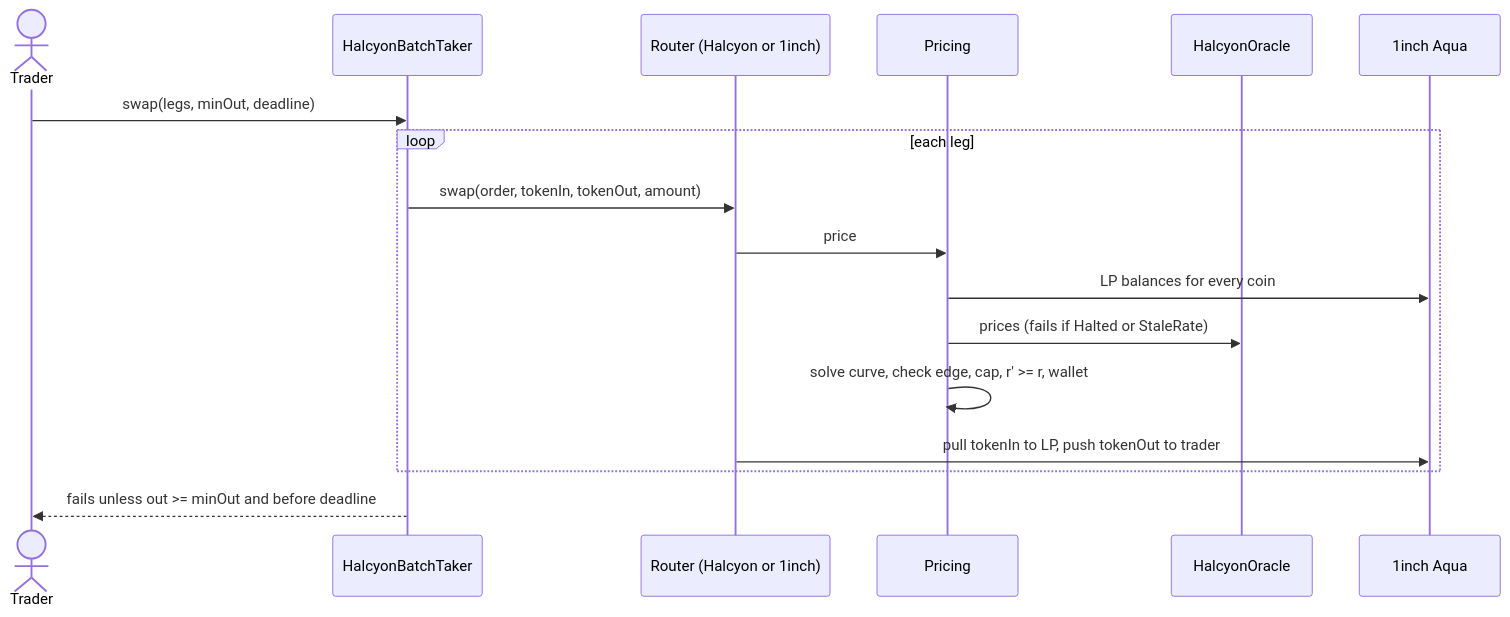
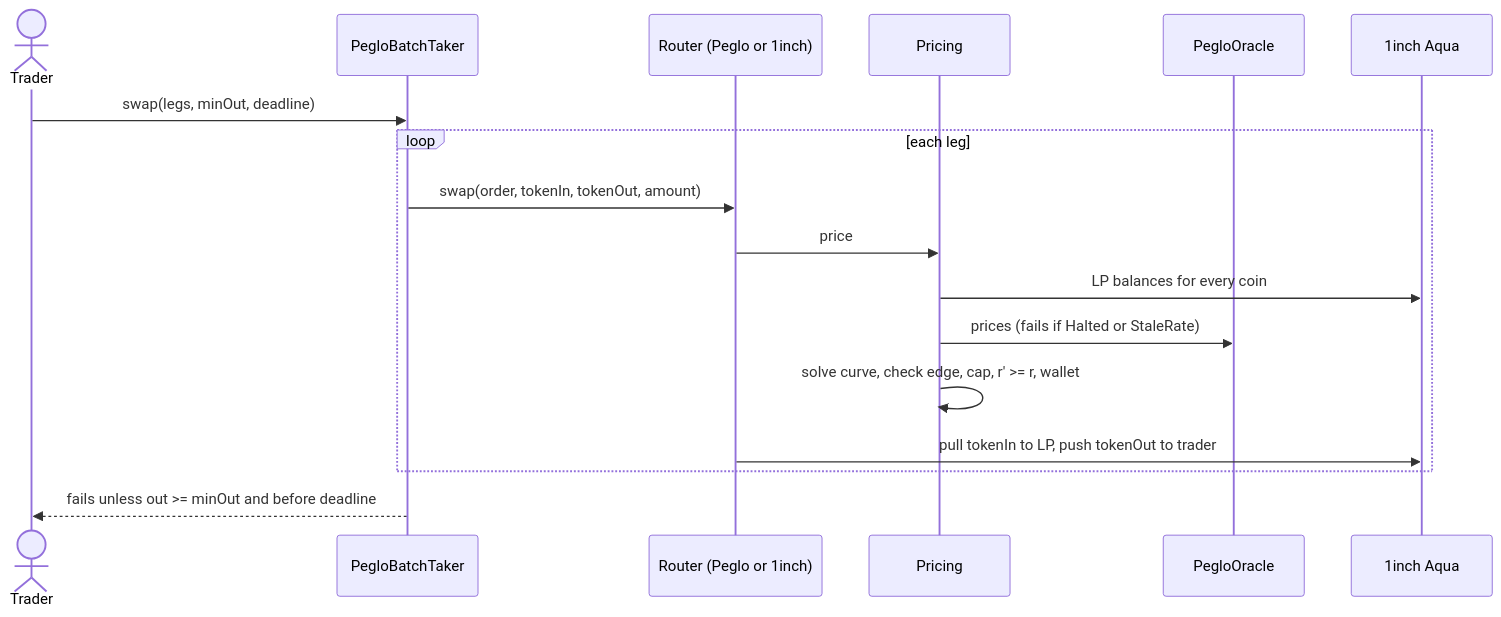
The fourth of 5 diagrams in README.md (cityata21-rgb/Peglo), drawn with Mermaid before and after one commit. The commit also changed other lines of this file and 10 other files, not shown here.

````diff
--- a/README.md
+++ b/README.md
@@ -386,19 +386,19 @@
 ```mermaid
 sequenceDiagram
     actor U as Trader
-    participant BT as HalcyonBatchTaker
-    participant R as Router (Halcyon or 1inch)
+    participant BT as PegloBatchTaker
+    participant R as Router (Peglo or 1inch)
     participant P as Pricing
-    participant O as HalcyonOracle
+    participant O as PegloOracle
     participant A as 1inch Aqua
     U->>BT: swap(legs, minOut, deadline)
     loop each leg
         BT->>R: swap(order, tokenIn, tokenOut, amount)
         R->>P: price
         P->>A: LP balances for every coin
         P->>O: prices (fails if Halted or StaleRate)
         P->>P: solve curve, check edge, cap, r' >= r, wallet
         R->>A: pull tokenIn to LP, push tokenOut to trader
     end
     BT-->>U: fails unless out >= minOut and before deadline
 ```
````
